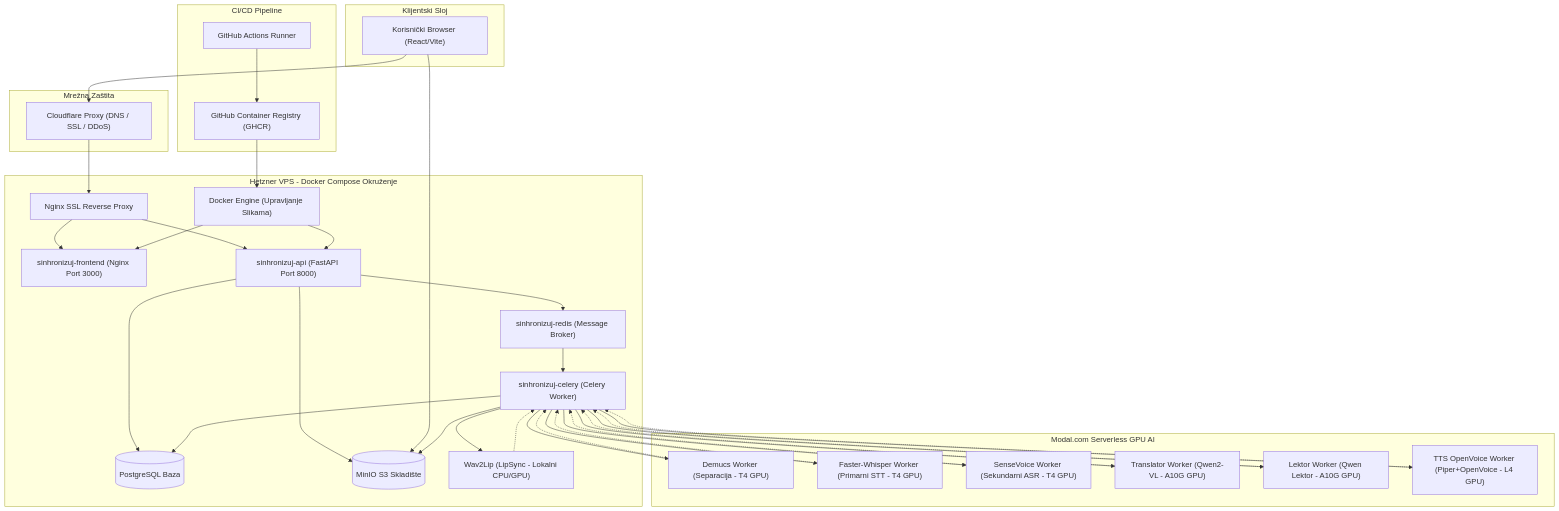
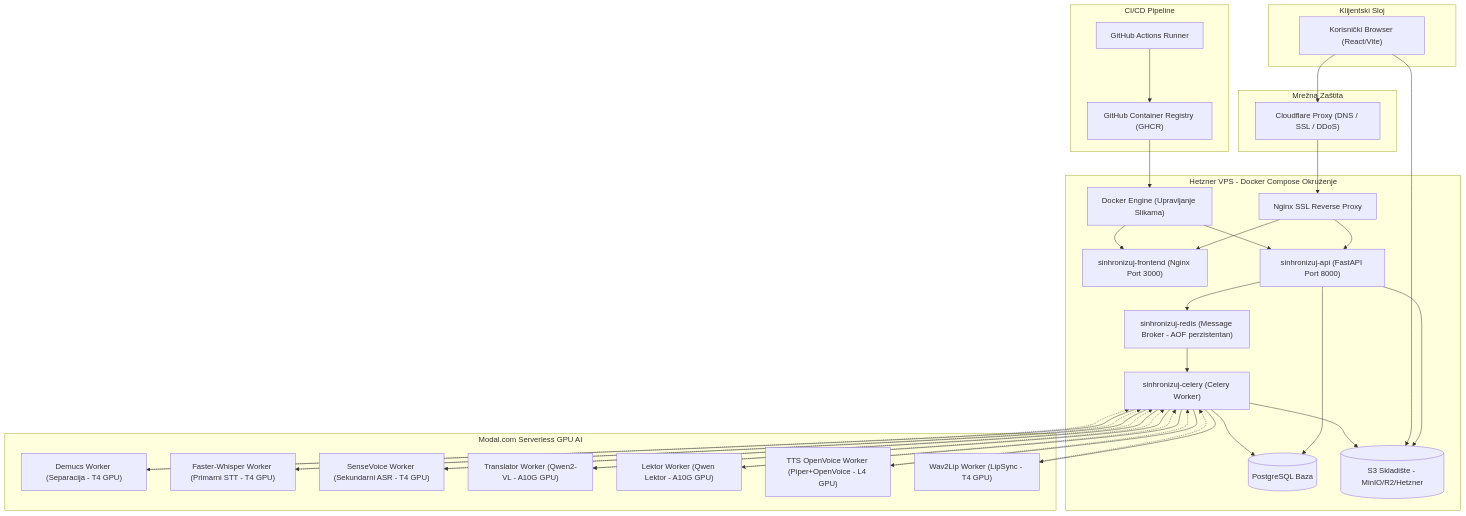
Before and after one commit to Gruya13/sinhronizuj.me: the diagram in README.md, drawn with Mermaid. The commit also changed other lines of this file and 5 other files, not shown here.

Commit message:
docs: Update README, architecture, and docs folder to reflect current system state (Wav2Lip on Modal, modular backend routes, S3 providers, Redis perzistencija, and Postgres test DB)

````diff
--- a/README.md
+++ b/README.md
@@ -31,75 +33,75 @@
 ```mermaid
 flowchart TD
     subgraph Klijent ["Klijentski Sloj"]
         Browser["Korisnički Browser (React/Vite)"]
     end
 
     subgraph CF ["Mrežna Zaštita"]
         Cloudflare["Cloudflare Proxy (DNS / SSL / DDoS)"]
     end
 
     subgraph HetznerVPS ["Hetzner VPS - Docker Compose Okruženje"]
         NginxProxy["Nginx SSL Reverse Proxy"]
         Frontend["sinhronizuj-frontend (Nginx Port 3000)"]
         API["sinhronizuj-api (FastAPI Port 8000)"]
         Celery["sinhronizuj-celery (Celery Worker)"]
-        Redis["sinhronizuj-redis (Message Broker)"]
+        Redis["sinhronizuj-redis (Message Broker - AOF perzistentan)"]
         Postgres[(PostgreSQL Baza)]
-        MinIO[(MinIO S3 Skladište)]
-        Wav2Lip["Wav2Lip (LipSync - Lokalni CPU/GPU)"]
+        S3[(S3 Skladište - MinIO/R2/Hetzner)]
         DockerDaemon["Docker Engine (Upravljanje Slikama)"]
     end
 
     subgraph ModalCloud ["Modal.com Serverless GPU AI"]
         Demucs["Demucs Worker (Separacija - T4 GPU)"]
         STT["Faster-Whisper Worker (Primarni STT - T4 GPU)"]
         SenseVoice["SenseVoice Worker (Sekundarni ASR - T4 GPU)"]
         Translator["Translator Worker (Qwen2-VL - A10G GPU)"]
         Lektor["Lektor Worker (Qwen Lektor - A10G GPU)"]
         TTS["TTS OpenVoice Worker (Piper+OpenVoice - L4 GPU)"]
+        Wav2Lip["Wav2Lip Worker (LipSync - T4 GPU)"]
     end
 
     subgraph GitHubFlow ["CI/CD Pipeline"]
         GHActions["GitHub Actions Runner"]
         GHCR["GitHub Container Registry (GHCR)"]
     end
 
     %% Klijentske veze
     Browser --> Cloudflare
     Cloudflare --> NginxProxy
     NginxProxy --> Frontend
     NginxProxy --> API
 
     %% API veze
     API --> Postgres
-    API --> MinIO
-    Browser --> MinIO
+    API --> S3
+    Browser --> S3
     API --> Redis
     Redis --> Celery
 
     %% Celery radnik i Modal/Lokalne veze
     Celery --> Demucs
     Celery --> STT
     Celery --> SenseVoice
     Celery --> Translator
     Celery --> Lektor
     Celery --> TTS
     Celery --> Wav2Lip
 
     Demucs -.-> Celery
     STT -.-> Celery
     SenseVoice -.-> Celery
     Translator -.-> Celery
     Lektor -.-> Celery
     TTS -.-> Celery
     Wav2Lip -.-> Celery
 
-    Celery --> MinIO
+    Celery --> S3
     Celery --> Postgres
 
     %% CI/CD Tok
     GHActions --> GHCR
     GHCR --> DockerDaemon
     DockerDaemon --> Frontend
     DockerDaemon --> API
 ```
````
